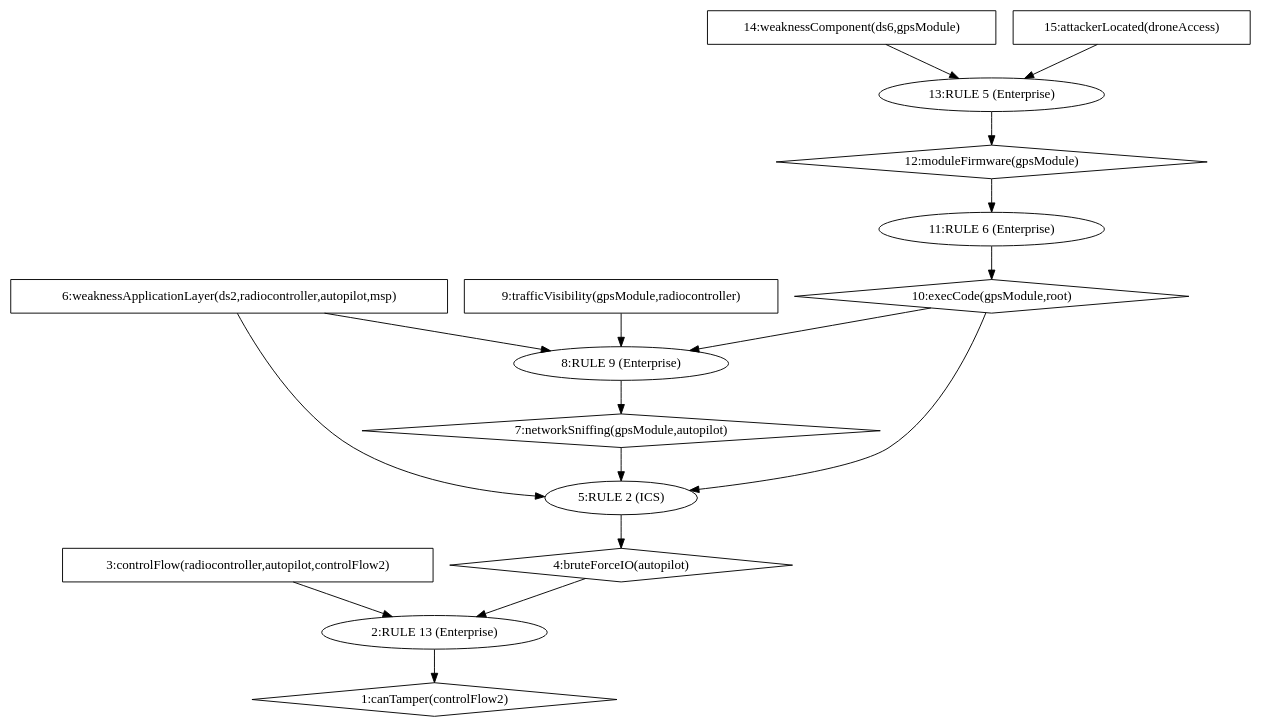
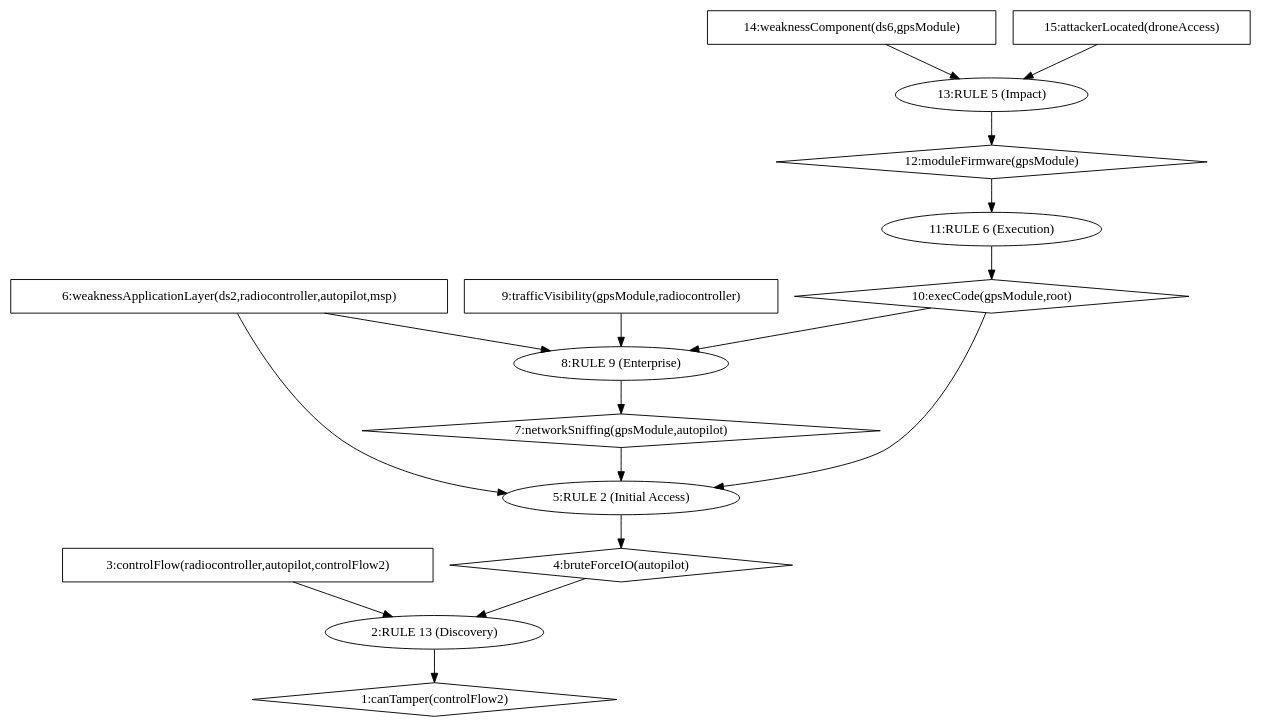
One commit to NS-unina/GCAP_Mod changed the diagram in INAV_Flight_controller/AttackGraph/outputFCI/AttackGraph.dot. Above: the diagram before and after it, drawn with Graphviz. The commit also changed 33 other files, not shown here.

```diff
--- a/INAV_Flight_controller/AttackGraph/outputFCI/AttackGraph.dot
+++ b/INAV_Flight_controller/AttackGraph/outputFCI/AttackGraph.dot
@@ -1,33 +1,33 @@
 digraph G {
 	1 [label="1:canTamper(controlFlow2)",shape=diamond];
-	2 [label="2:RULE 13 (Enterprise)",shape=ellipse];
+	2 [label="2:RULE 13 (Discovery)",shape=ellipse];
 	3 [label="3:controlFlow(radiocontroller,autopilot,controlFlow2)",shape=box];
 	4 [label="4:bruteForceIO(autopilot)",shape=diamond];
-	5 [label="5:RULE 2 (ICS)",shape=ellipse];
+	5 [label="5:RULE 2 (Initial Access)",shape=ellipse];
 	6 [label="6:weaknessApplicationLayer(ds2,radiocontroller,autopilot,msp)",shape=box];
 	7 [label="7:networkSniffing(gpsModule,autopilot)",shape=diamond];
 	8 [label="8:RULE 9 (Enterprise)",shape=ellipse];
 	9 [label="9:trafficVisibility(gpsModule,radiocontroller)",shape=box];
 	10 [label="10:execCode(gpsModule,root)",shape=diamond];
-	11 [label="11:RULE 6 (Enterprise)",shape=ellipse];
+	11 [label="11:RULE 6 (Execution)",shape=ellipse];
 	12 [label="12:moduleFirmware(gpsModule)",shape=diamond];
-	13 [label="13:RULE 5 (Enterprise)",shape=ellipse];
+	13 [label="13:RULE 5 (Impact)",shape=ellipse];
 	14 [label="14:weaknessComponent(ds6,gpsModule)",shape=box];
 	15 [label="15:attackerLocated(droneAccess)",shape=box];
 	3 -> 	2;
 	6 -> 	5;
 	6 -> 	8;
 	9 -> 	8;
 	14 -> 	13;
 	15 -> 	13;
 	13 -> 	12;
 	12 -> 	11;
 	11 -> 	10;
 	10 -> 	8;
 	8 -> 	7;
 	7 -> 	5;
 	10 -> 	5;
 	5 -> 	4;
 	4 -> 	2;
 	2 -> 	1;
 }
```
